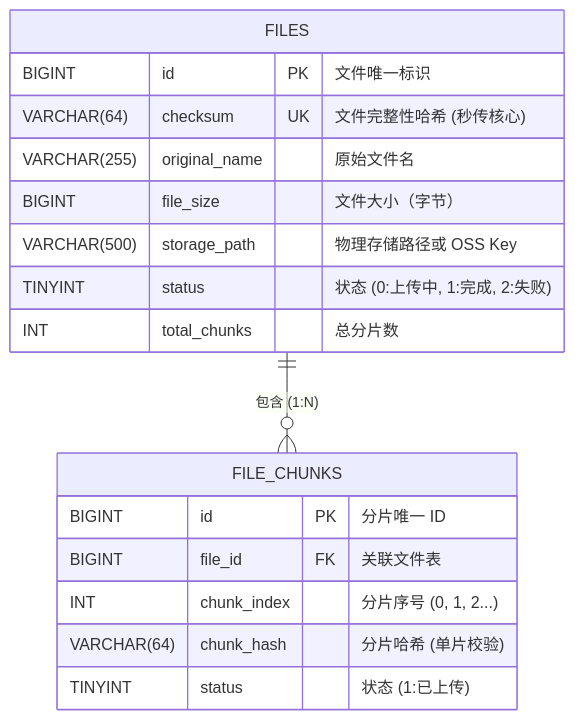
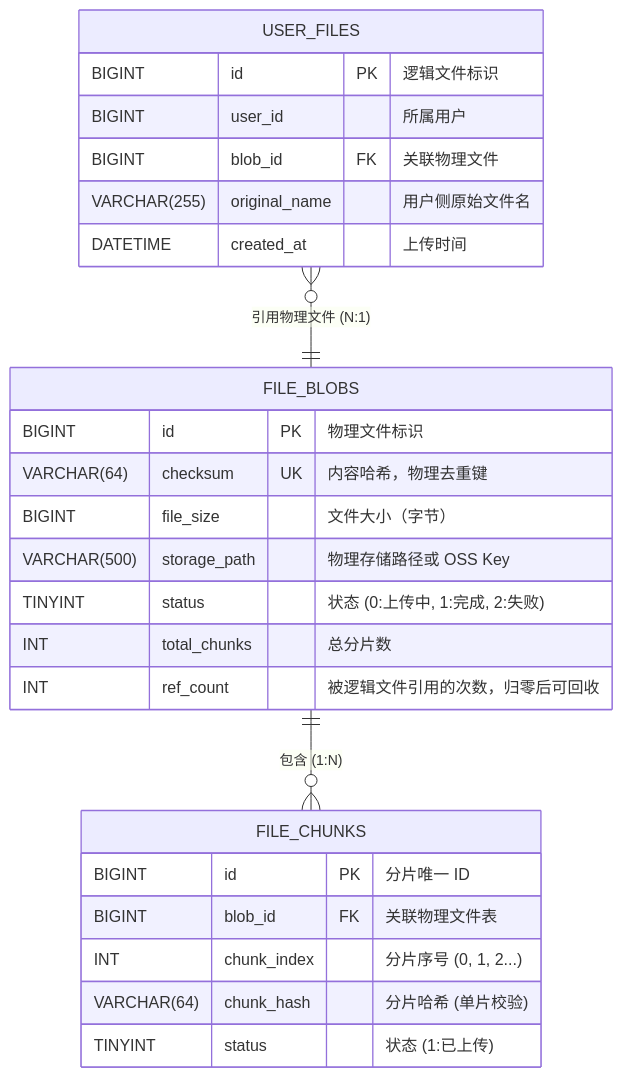
One commit to weihongyu12/web changed the second of 4 diagrams in docs/features/file-upload/README.md. Above: the diagram before and after it, drawn with Mermaid. The commit also changed other lines of this file and 13 other files, not shown here.

````diff
--- a/docs/features/file-upload/README.md
+++ b/docs/features/file-upload/README.md
@@ -48,22 +51,31 @@
 ```mermaid
 erDiagram
-    FILES ||--o{ FILE_CHUNKS : "包含 (1:N)"
-    
-    FILES {
-        BIGINT id PK "文件唯一标识"
-        VARCHAR(64) checksum UK "文件完整性哈希 (秒传核心)"
-        VARCHAR(255) original_name "原始文件名"
+    USER_FILES }o--|| FILE_BLOBS : "引用物理文件 (N:1)"
+    FILE_BLOBS ||--o{ FILE_CHUNKS : "包含 (1:N)"
+
+    FILE_BLOBS {
+        BIGINT id PK "物理文件标识"
+        VARCHAR(64) checksum UK "内容哈希，物理去重键"
         BIGINT file_size "文件大小（字节）"
         VARCHAR(500) storage_path "物理存储路径或 OSS Key"
         TINYINT status "状态 (0:上传中, 1:完成, 2:失败)"
         INT total_chunks "总分片数"
+        INT ref_count "被逻辑文件引用的次数，归零后可回收"
     }
 
     FILE_CHUNKS {
         BIGINT id PK "分片唯一 ID"
-        BIGINT file_id FK "关联文件表"
+        BIGINT blob_id FK "关联物理文件表"
         INT chunk_index "分片序号 (0, 1, 2...)"
         VARCHAR(64) chunk_hash "分片哈希 (单片校验)"
         TINYINT status "状态 (1:已上传)"
     }
+
+    USER_FILES {
+        BIGINT id PK "逻辑文件标识"
+        BIGINT user_id "所属用户"
+        BIGINT blob_id FK "关联物理文件"
+        VARCHAR(255) original_name "用户侧原始文件名"
+        DATETIME created_at "上传时间"
+    }
 ```
````
